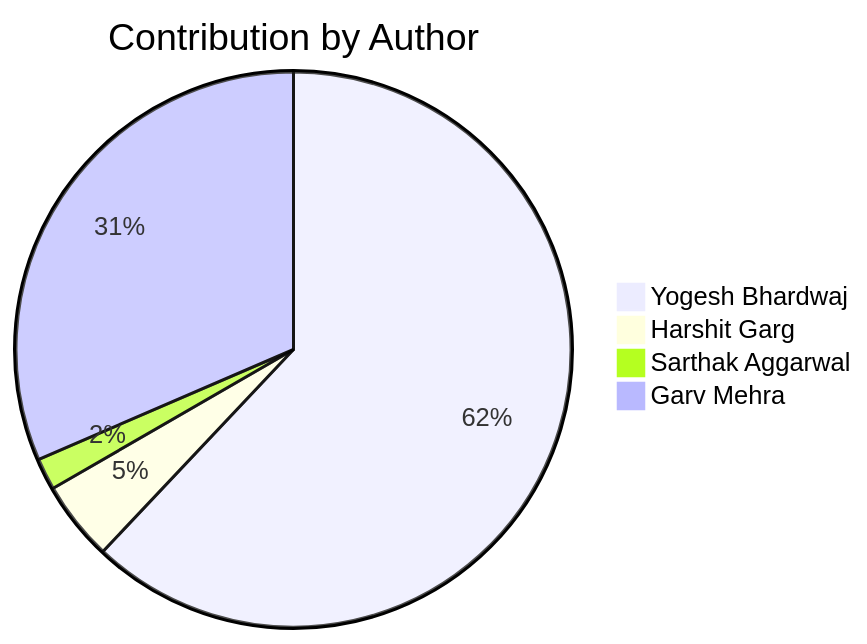
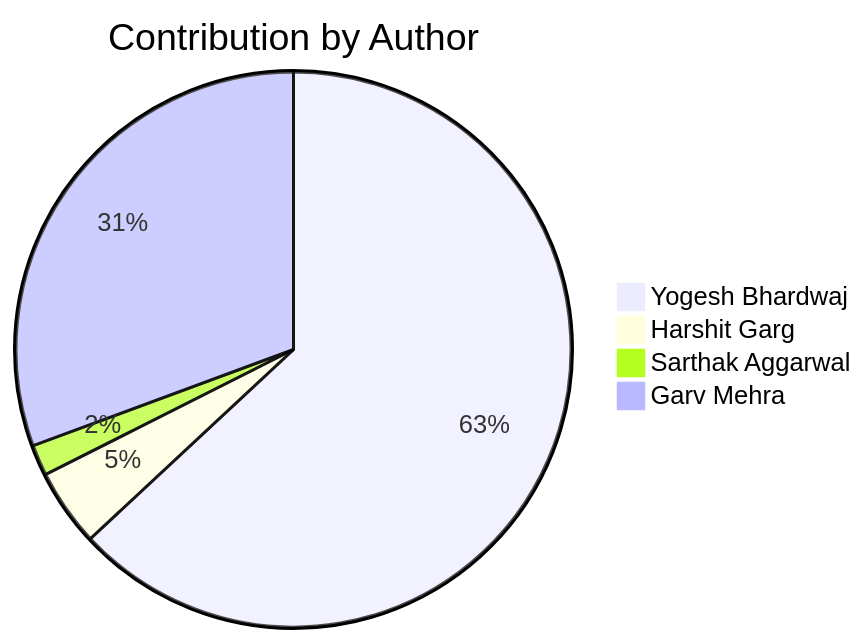
The second of 2 diagrams in README.md (Yogesh-Bhardwaj-hue/Scm-Final_2.0), drawn with Mermaid before and after one commit. The commit also changed other lines of this file, not shown here.

Commit message:
Update contribution charts

````diff
--- a/README.md
+++ b/README.md
@@ -190,7 +190,7 @@
 ```mermaid
 pie title Contribution by Author
-    "Yogesh Bhardwaj": 67
+    "Yogesh Bhardwaj": 70
     "Harshit Garg": 5
     "Sarthak Aggarwal": 2
     "Garv Mehra": 34
 ```
````
